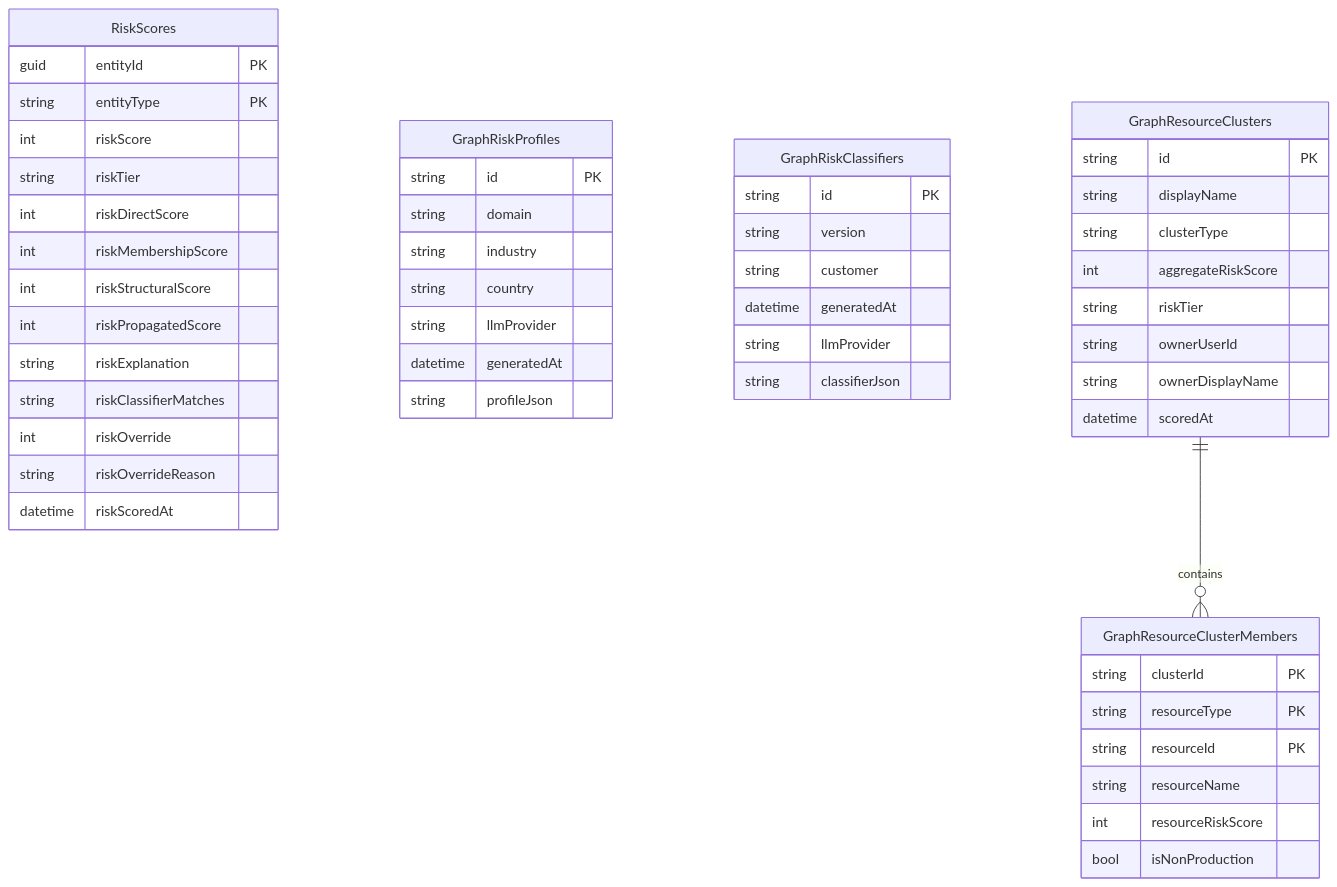
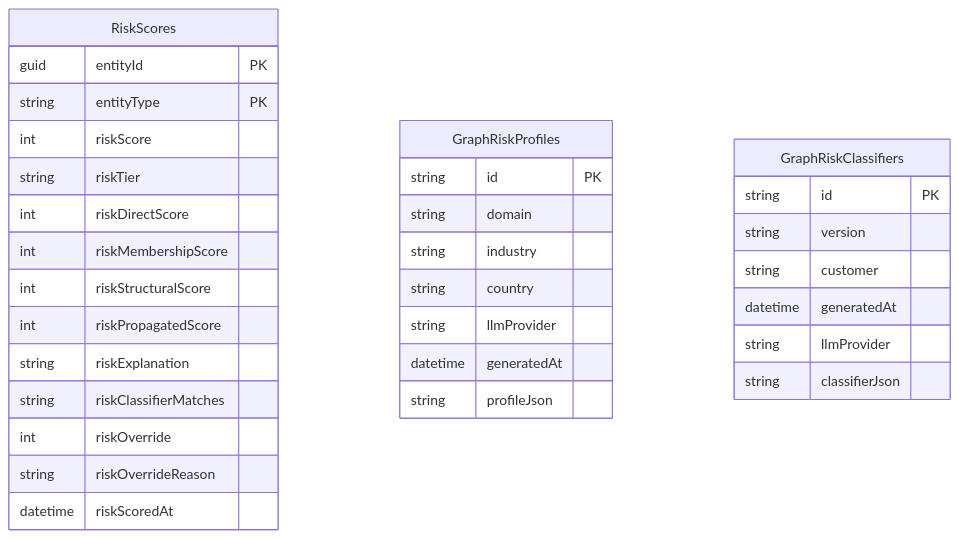
The diagram in docs/concepts/risk-scoring-model.md (Fortigi/IdentityAtlas), drawn with Mermaid before and after one commit. The commit also changed other lines of this file and 3 other files, not shown here.

````diff
--- a/docs/concepts/risk-scoring-model.md
+++ b/docs/concepts/risk-scoring-model.md
@@ -37,55 +34,35 @@
 ```mermaid
 erDiagram
     RiskScores {
         guid entityId PK
         string entityType PK
         int riskScore
         string riskTier
         int riskDirectScore
         int riskMembershipScore
         int riskStructuralScore
         int riskPropagatedScore
         string riskExplanation
         string riskClassifierMatches
         int riskOverride
         string riskOverrideReason
         datetime riskScoredAt
     }
     GraphRiskProfiles {
         string id PK
         string domain
         string industry
         string country
         string llmProvider
         datetime generatedAt
         string profileJson
     }
     GraphRiskClassifiers {
         string id PK
         string version
         string customer
         datetime generatedAt
         string llmProvider
         string classifierJson
     }
-    GraphResourceClusters {
-        string id PK
-        string displayName
-        string clusterType
-        int aggregateRiskScore
-        string riskTier
-        string ownerUserId
-        string ownerDisplayName
-        datetime scoredAt
-    }
-    GraphResourceClusterMembers {
-        string clusterId PK
-        string resourceType PK
-        string resourceId PK
-        string resourceName
-        int resourceRiskScore
-        bool isNonProduction
-    }
-
-    GraphResourceClusters ||--o{ GraphResourceClusterMembers : "contains"
 ```
````
